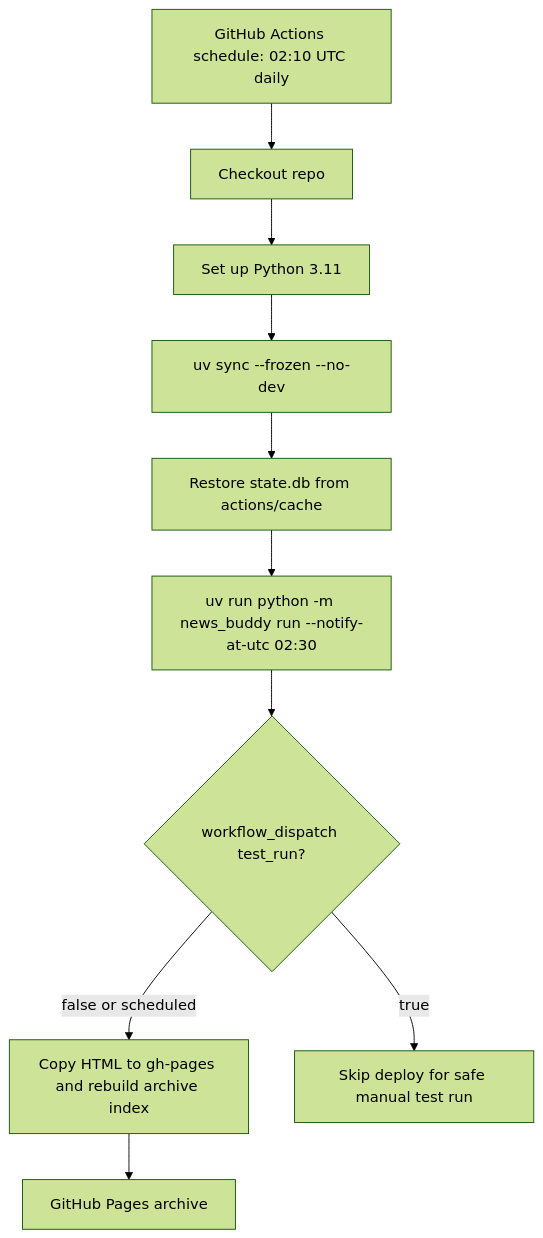
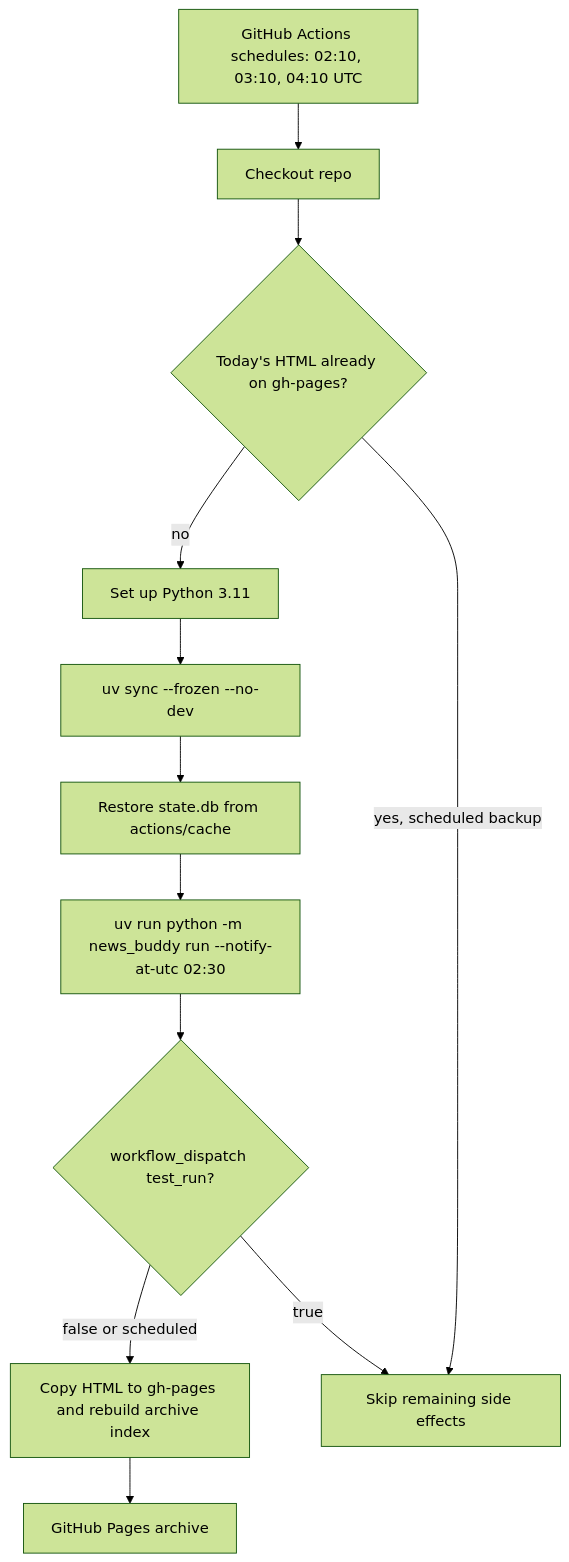
One commit to Harshagarwal06/buddy_agent changed the third of 4 diagrams in DIAGRAM.md. Above: the diagram before and after it, drawn with Mermaid (forest theme). The commit also changed 4 other files, not shown here.

````diff
--- a/DIAGRAM.md
+++ b/DIAGRAM.md
@@ -58,17 +58,20 @@
 ```mermaid
 flowchart TD
-    CRON["GitHub Actions schedule: 02:10 UTC daily"]
+    CRON["GitHub Actions schedules: 02:10, 03:10, 04:10 UTC"]
     CHECKOUT["Checkout repo"]
+    GUARD{"Today's HTML already on gh-pages?"}
     PY["Set up Python 3.11"]
     INSTALL["uv sync --frozen --no-dev"]
     CACHE["Restore state.db from actions/cache"]
     RUN["uv run python -m news_buddy run --notify-at-utc 02:30"]
     TEST{"workflow_dispatch test_run?"}
     DEPLOY["Copy HTML to gh-pages and rebuild archive index"]
-    SKIP["Skip deploy for safe manual test run"]
+    SKIP["Skip remaining side effects"]
     PAGES["GitHub Pages archive"]
 
-    CRON --> CHECKOUT --> PY --> INSTALL --> CACHE --> RUN --> TEST
+    CRON --> CHECKOUT --> GUARD
+    GUARD -- "yes, scheduled backup" --> SKIP
+    GUARD -- "no" --> PY --> INSTALL --> CACHE --> RUN --> TEST
     TEST -- "false or scheduled" --> DEPLOY --> PAGES
     TEST -- "true" --> SKIP
 ```
````
